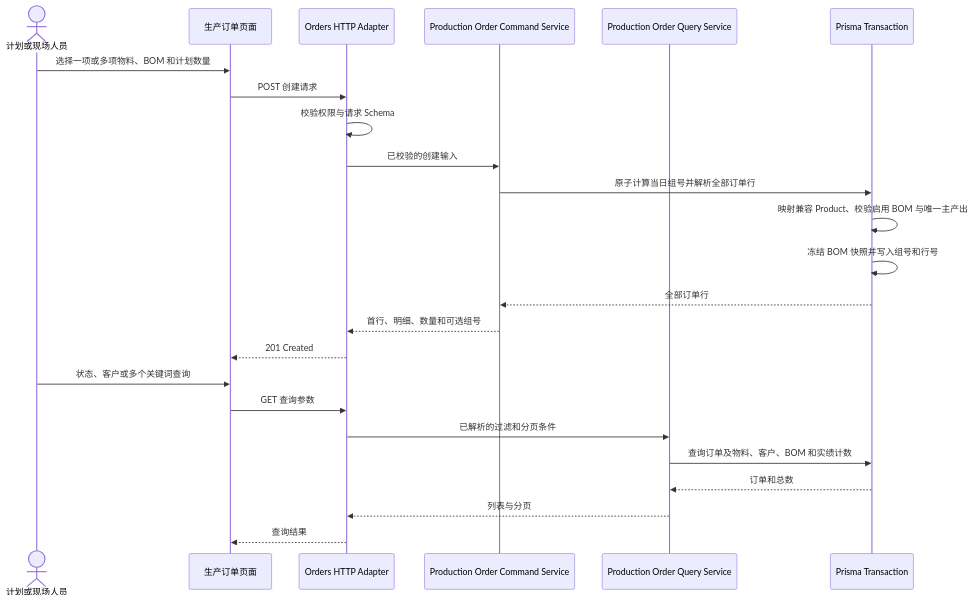
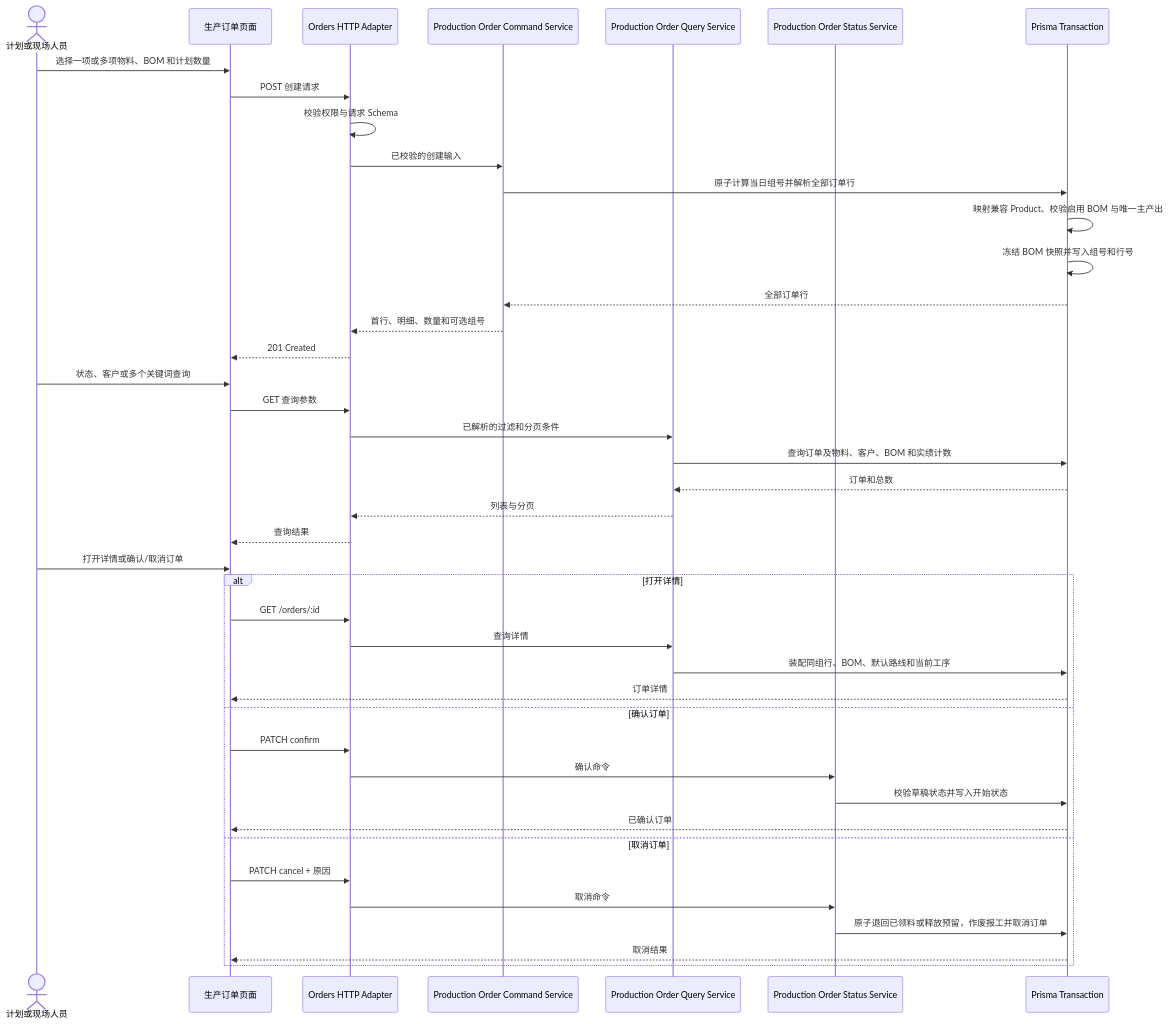
Before and after one commit to goldf2/mes-lite: the second of 6 diagrams in docs/architecture/系统时序图.md, drawn with Mermaid. The commit also changed other lines of this file and 23 other files, not shown here.

Commit message:
refactor: centralize production order lifecycle

````diff
--- a/docs/architecture/系统时序图.md
+++ b/docs/architecture/系统时序图.md
@@ -32,28 +32,47 @@
 ```mermaid
 sequenceDiagram
   actor U as 计划或现场人员
   participant UI as 生产订单页面
   participant API as Orders HTTP Adapter
   participant C as Production Order Command Service
   participant Q as Production Order Query Service
+  participant S as Production Order Status Service
   participant DB as Prisma Transaction
 
   U->>UI: 选择一项或多项物料、BOM 和计划数量
   UI->>API: POST 创建请求
   API->>API: 校验权限与请求 Schema
   API->>C: 已校验的创建输入
   C->>DB: 原子计算当日组号并解析全部订单行
   DB->>DB: 映射兼容 Product、校验启用 BOM 与唯一主产出
   DB->>DB: 冻结 BOM 快照并写入组号和行号
   DB-->>C: 全部订单行
   C-->>API: 首行、明细、数量和可选组号
   API-->>UI: 201 Created
 
   U->>UI: 状态、客户或多个关键词查询
   UI->>API: GET 查询参数
   API->>Q: 已解析的过滤和分页条件
   Q->>DB: 查询订单及物料、客户、BOM 和实绩计数
   DB-->>Q: 订单和总数
   Q-->>API: 列表与分页
   API-->>UI: 查询结果
+
+  U->>UI: 打开详情或确认/取消订单
+  alt 打开详情
+    UI->>API: GET /orders/:id
+    API->>Q: 查询详情
+    Q->>DB: 装配同组行、BOM、默认路线和当前工序
+    DB-->>UI: 订单详情
+  else 确认订单
+    UI->>API: PATCH confirm
+    API->>S: 确认命令
+    S->>DB: 校验草稿状态并写入开始状态
+    DB-->>UI: 已确认订单
+  else 取消订单
+    UI->>API: PATCH cancel + 原因
+    API->>S: 取消命令
+    S->>DB: 原子退回已领料或释放预留，作废报工并取消订单
+    DB-->>UI: 取消结果
+  end
 ```
````
